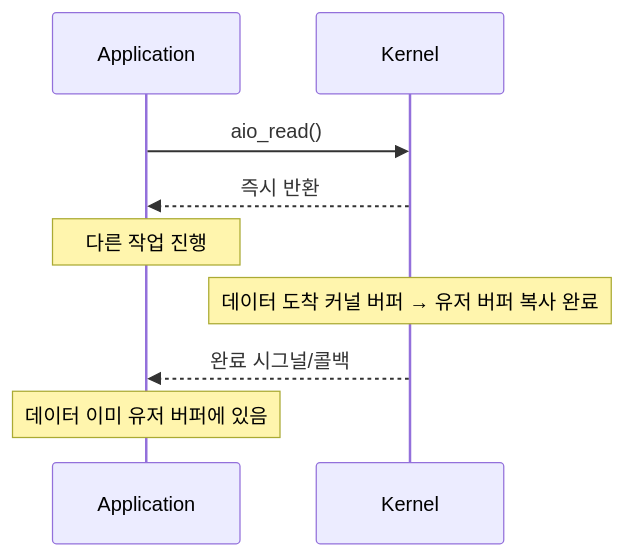
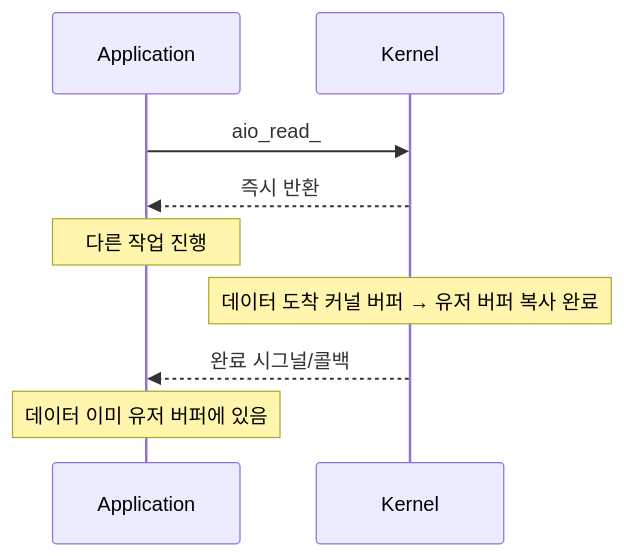
One commit to yjkim2015/yjkim2015.github.io changed the ninth of 9 diagrams in _posts/server/2026-05-01-sync-async-block-nonblock.md. Above: the diagram before and after it, drawn with Mermaid. The commit also changed other lines of this file and 85 other files, not shown here.

First line of the commit message:
sequenceDiagram 문법 에러 2차 수정 169개 (86파일)

````diff
--- a/_posts/server/2026-05-01-sync-async-block-nonblock.md
+++ b/_posts/server/2026-05-01-sync-async-block-nonblock.md
@@ -364,11 +364,11 @@
 ```mermaid
 sequenceDiagram
     participant App as Application
     participant K as Kernel
-    App->>K: aio_read()
+    App->>K: aio_read_
     K-->>App: 즉시 반환
     Note over App: 다른 작업 진행
     Note over K: 데이터 도착 커널 버퍼 → 유저 버퍼 복사 완료
     K-->>App: 완료 시그널/콜백
     Note over App: 데이터 이미 유저 버퍼에 있음
 ```
````
